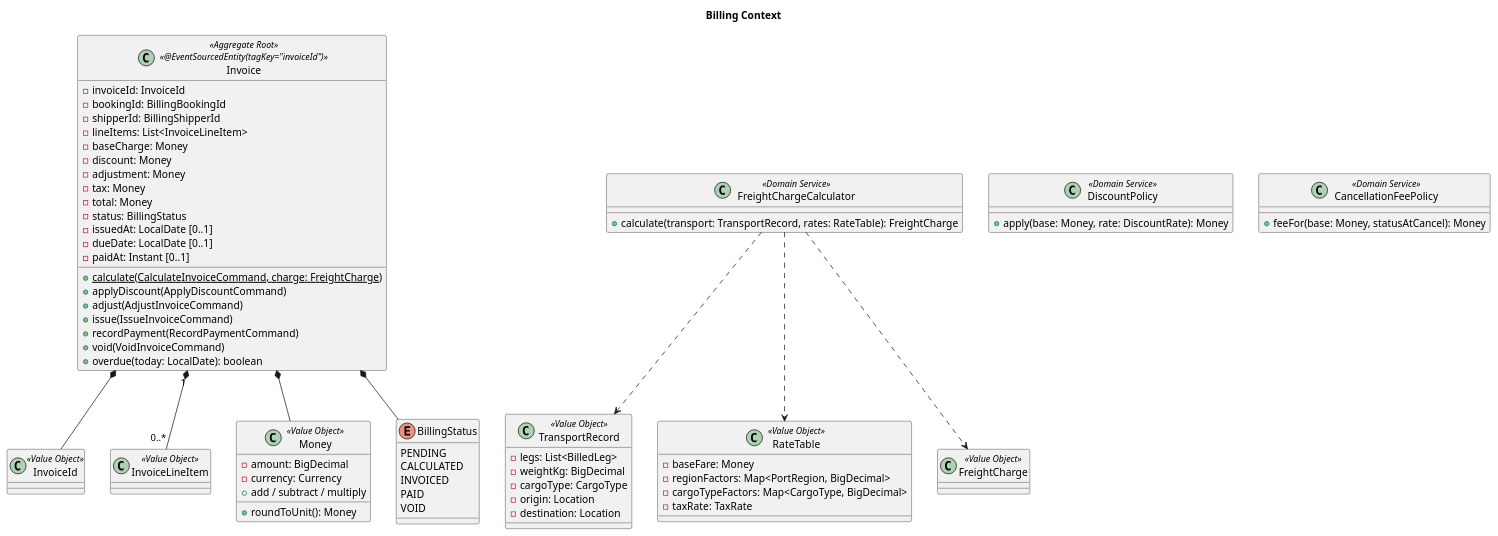
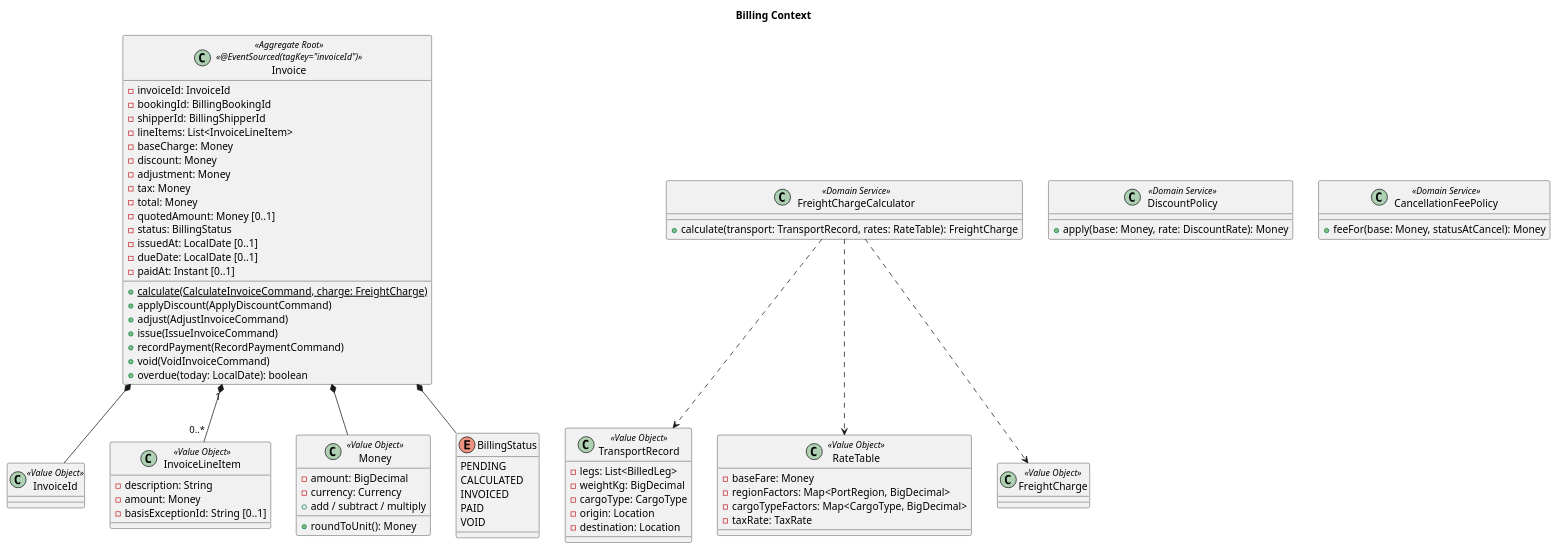
One commit to k2works/case-study-cargo-tracker changed the tenth of 13 diagrams in docs/design/cargo-tracker/domain-model.md. Above: the diagram before and after it, drawn with PlantUML. The commit also changed other lines of this file and 18 other files, not shown here.

````diff
--- a/docs/design/cargo-tracker/domain-model.md
+++ b/docs/design/cargo-tracker/domain-model.md
@@ -932,75 +970,80 @@
 ```plantuml
 @startuml
 title Billing Context
 
-class Invoice <<Aggregate Root>> <<@EventSourcedEntity(tagKey="invoiceId")>> {
+class Invoice <<Aggregate Root>> <<@EventSourced(tagKey="invoiceId")>> {
   - invoiceId: InvoiceId
   - bookingId: BillingBookingId
   - shipperId: BillingShipperId
   - lineItems: List<InvoiceLineItem>
   - baseCharge: Money
   - discount: Money
   - adjustment: Money
   - tax: Money
   - total: Money
+  - quotedAmount: Money [0..1]
   - status: BillingStatus
   - issuedAt: LocalDate [0..1]
   - dueDate: LocalDate [0..1]
   - paidAt: Instant [0..1]
   + {static} calculate(CalculateInvoiceCommand, charge: FreightCharge)
   + applyDiscount(ApplyDiscountCommand)
   + adjust(AdjustInvoiceCommand)
   + issue(IssueInvoiceCommand)
   + recordPayment(RecordPaymentCommand)
   + void(VoidInvoiceCommand)
   + overdue(today: LocalDate): boolean
 }
 class InvoiceId <<Value Object>>
-class InvoiceLineItem <<Value Object>>
+class InvoiceLineItem <<Value Object>> {
+  - description: String
+  - amount: Money
+  - basisExceptionId: String [0..1]
+}
 class Money <<Value Object>> {
   - amount: BigDecimal
   - currency: Currency
   + add / subtract / multiply
   + roundToUnit(): Money
 }
 enum BillingStatus {
   PENDING
   CALCULATED
   INVOICED
   PAID
   VOID
 }
 
 class FreightChargeCalculator <<Domain Service>> {
   + calculate(transport: TransportRecord, rates: RateTable): FreightCharge
 }
 class TransportRecord <<Value Object>> {
   - legs: List<BilledLeg>
   - weightKg: BigDecimal
   - cargoType: CargoType
   - origin: Location
   - destination: Location
 }
 class RateTable <<Value Object>> {
   - baseFare: Money
   - regionFactors: Map<PortRegion, BigDecimal>
   - cargoTypeFactors: Map<CargoType, BigDecimal>
   - taxRate: TaxRate
 }
 class FreightCharge <<Value Object>>
 class DiscountPolicy <<Domain Service>> {
   + apply(base: Money, rate: DiscountRate): Money
 }
 class CancellationFeePolicy <<Domain Service>> {
   + feeFor(base: Money, statusAtCancel): Money
 }
 
 Invoice *-- InvoiceId
 Invoice *-- BillingStatus
 Invoice "1" *-- "0..*" InvoiceLineItem
 Invoice *-- Money
 FreightChargeCalculator ..> TransportRecord
 FreightChargeCalculator ..> RateTable
 FreightChargeCalculator ..> FreightCharge
 @enduml
 ```
````
